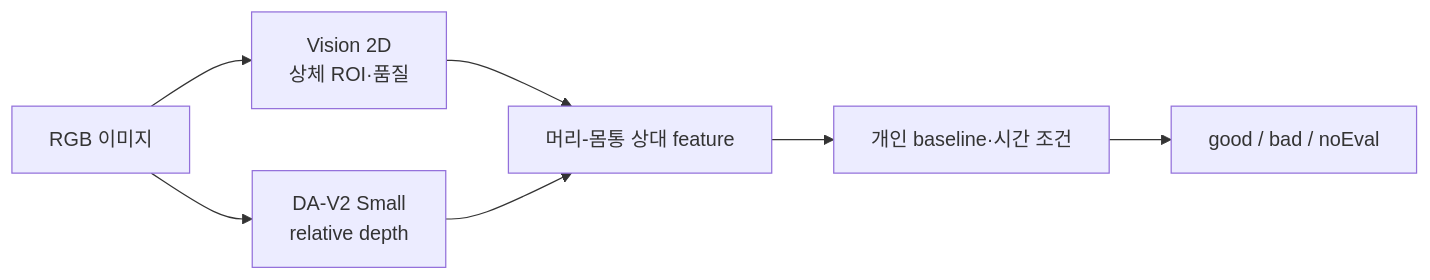
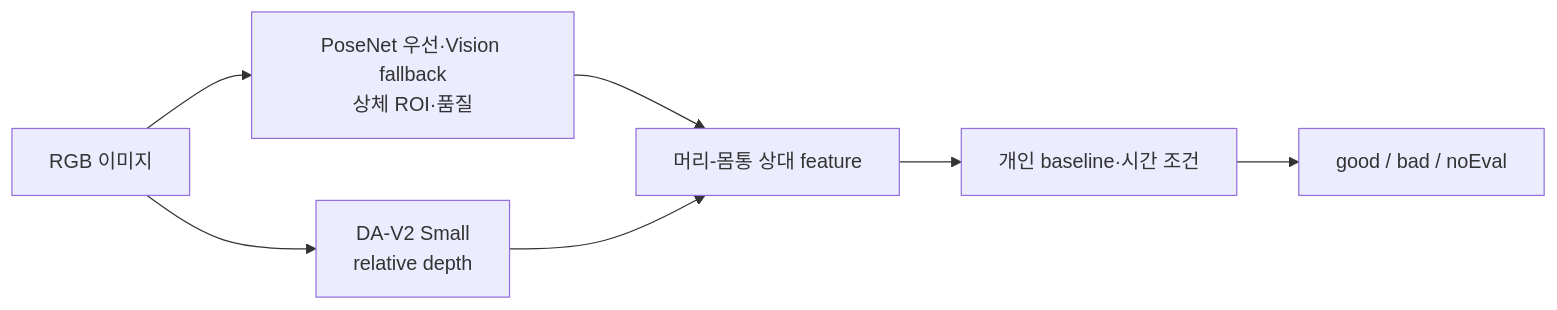
Before and after one commit to kimchanhyung98/turtlemeck: the diagram in docs/depth-estimation/README.md, drawn with Mermaid. The commit also changed other lines of this file and 37 other files, not shown here.

Commit message:
docs: adopt PoseNet-first pose path and add review reports

````diff
--- a/docs/depth-estimation/README.md
+++ b/docs/depth-estimation/README.md
@@ -27,9 +27,9 @@
 ```mermaid
 flowchart LR
-    A["RGB 이미지"] --> B["Vision 2D<br/>상체 ROI·품질"]
+    A["RGB 이미지"] --> B["PoseNet 우선·Vision fallback<br/>상체 ROI·품질"]
     A --> C["DA-V2 Small<br/>relative depth"]
     B --> D["머리-몸통 상대 feature"]
     C --> D
     D --> E["개인 baseline·시간 조건"]
     E --> F["good / bad / noEval"]
 ```
````
